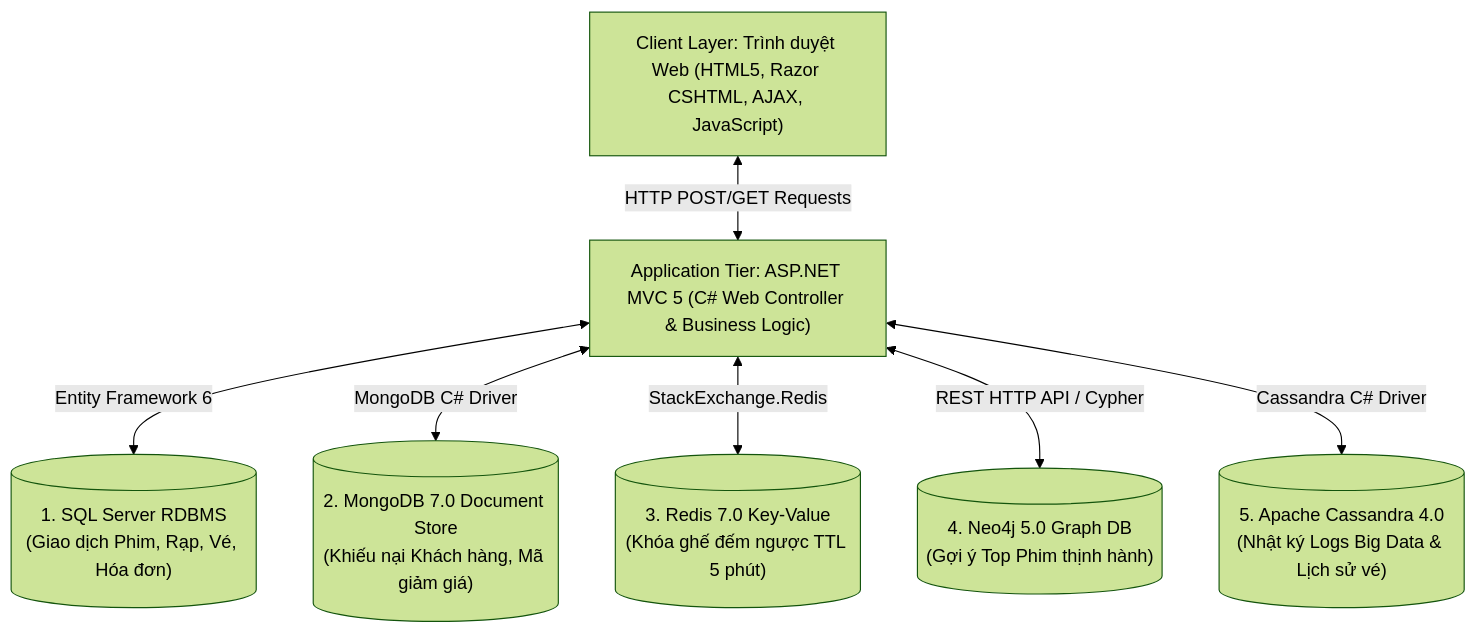
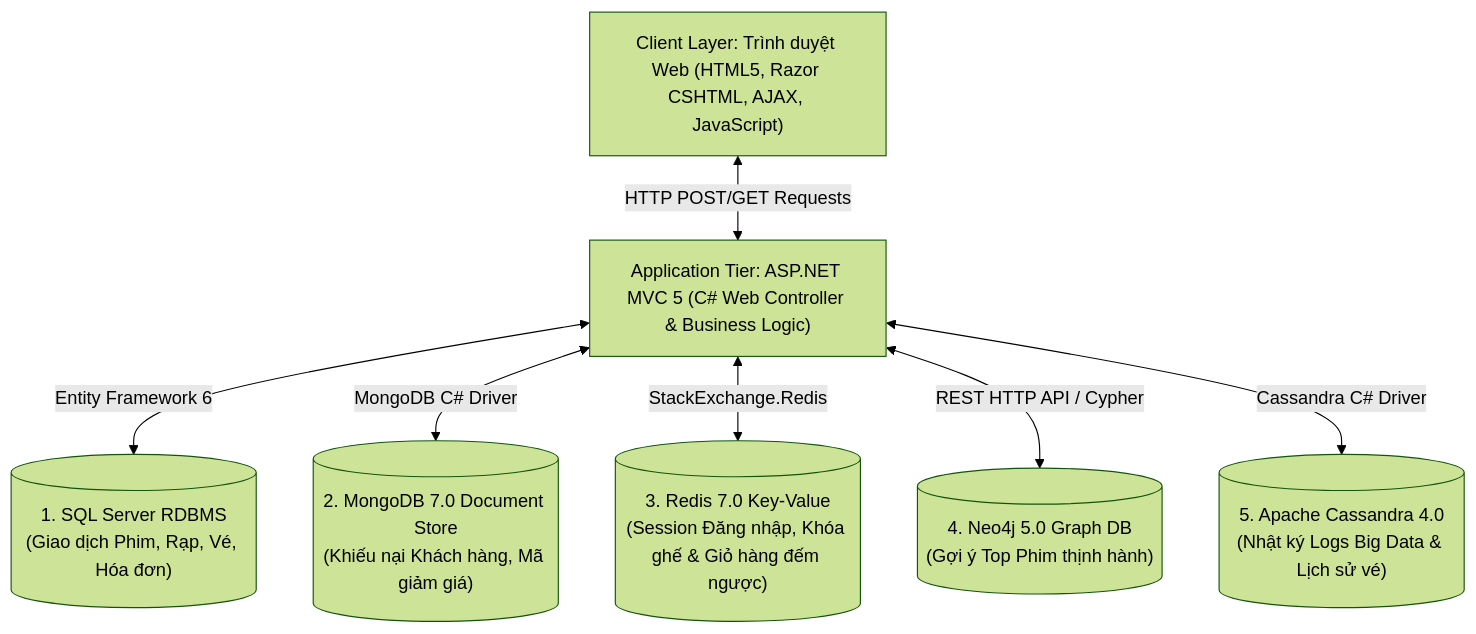
One commit to Anh-BE/WEB_DatVe_XemPhim changed the first of 13 diagrams in TaiLieu/TaiLieu_SDS_ToanBo_HeThong_Movana.md. Above: the diagram before and after it, drawn with Mermaid (forest theme). The commit also changed other lines of this file and 1 other file, not shown here.

Commit message:
[Doc] Bo sung Luong Active Session Dang Nhap va Luong Gio Hang Dat Ve Redis vao Chuong 4 va Chuong 8

````diff
--- a/TaiLieu/TaiLieu_SDS_ToanBo_HeThong_Movana.md
+++ b/TaiLieu/TaiLieu_SDS_ToanBo_HeThong_Movana.md
@@ -45,18 +45,18 @@
 ```mermaid
 graph TD
     Client["Client Layer: Trình duyệt Web (HTML5, Razor CSHTML, AJAX, JavaScript)"]
     Backend["Application Tier: ASP.NET MVC 5 (C# Web Controller & Business Logic)"]
     
     DB_SQL[("1. SQL Server RDBMS<br/>(Giao dịch Phim, Rạp, Vé, Hóa đơn)")]
     DB_MGDB[("2. MongoDB 7.0 Document Store<br/>(Khiếu nại Khách hàng, Mã giảm giá)")]
-    DB_REDIS[("3. Redis 7.0 Key-Value<br/>(Khóa ghế đếm ngược TTL 5 phút)")]
+    DB_REDIS[("3. Redis 7.0 Key-Value<br/>(Session Đăng nhập, Khóa ghế & Giỏ hàng đếm ngược)")]
     DB_NEO[("4. Neo4j 5.0 Graph DB<br/>(Gợi ý Top Phim thịnh hành)")]
     DB_CASS[("5. Apache Cassandra 4.0<br/>(Nhật ký Logs Big Data & Lịch sử vé)")]
 
     Client <-->|HTTP POST/GET Requests| Backend
     Backend <-->|Entity Framework 6| DB_SQL
     Backend <-->|MongoDB C# Driver| DB_MGDB
     Backend <-->|StackExchange.Redis| DB_REDIS
     Backend <-->|REST HTTP API / Cypher| DB_NEO
     Backend <-->|Cassandra C# Driver| DB_CASS
 ```
````
